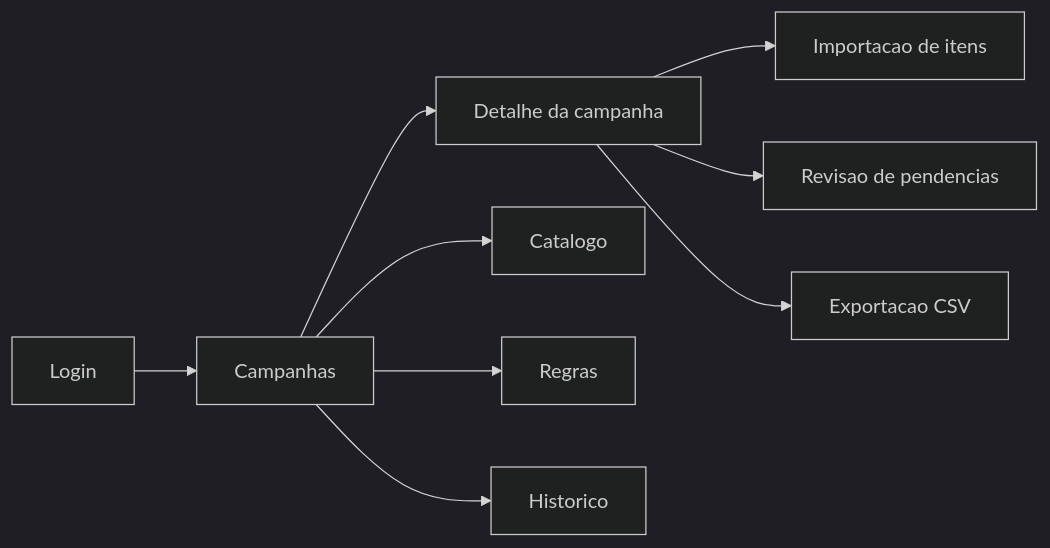
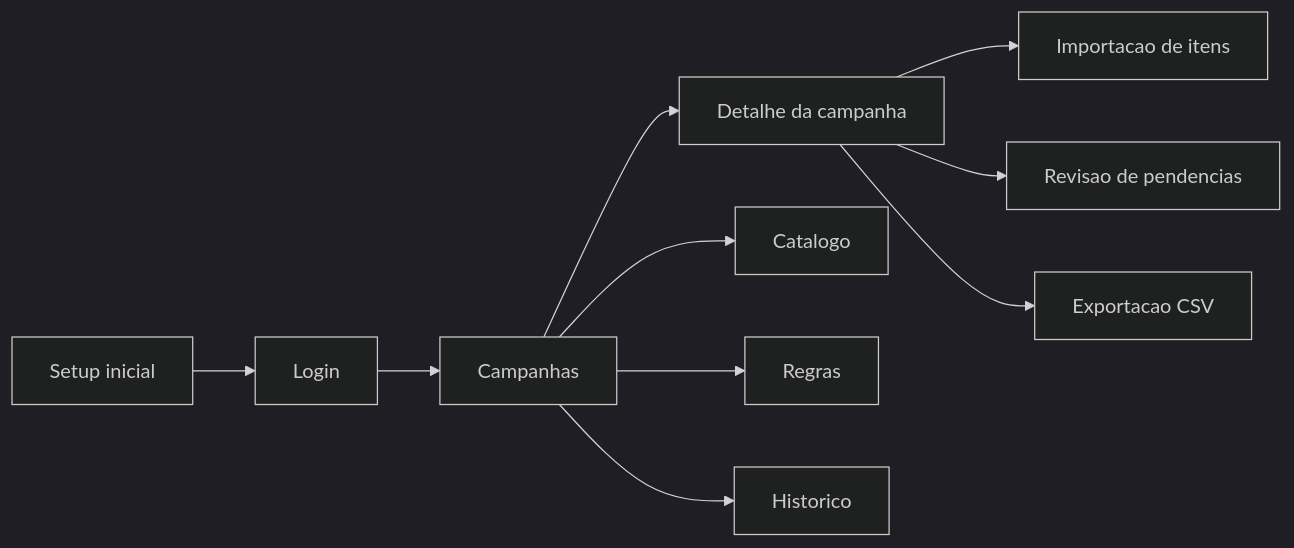
One commit to LittleC-code/Clube-das-Ofertas changed the second of 5 diagrams in docs/FLUXOGRAMA.md. Above: the diagram before and after it, drawn with Mermaid (dark theme). The commit also changed other lines of this file and 16 other files, not shown here.

````diff
--- a/docs/FLUXOGRAMA.md
+++ b/docs/FLUXOGRAMA.md
@@ -123,11 +131,12 @@
 ```mermaid
 flowchart LR
-    A[Login] --> B[Campanhas]
-    B --> C[Detalhe da campanha]
-    C --> D[Importacao de itens]
-    C --> E[Revisao de pendencias]
-    C --> F[Exportacao CSV]
-    B --> G[Catalogo]
-    B --> H[Regras]
-    B --> I[Historico]
+    A[Setup inicial] --> B[Login]
+    B --> C[Campanhas]
+    C --> D[Detalhe da campanha]
+    D --> E[Importacao de itens]
+    D --> F[Revisao de pendencias]
+    D --> G[Exportacao CSV]
+    C --> H[Catalogo]
+    C --> I[Regras]
+    C --> J[Historico]
 ```
````
